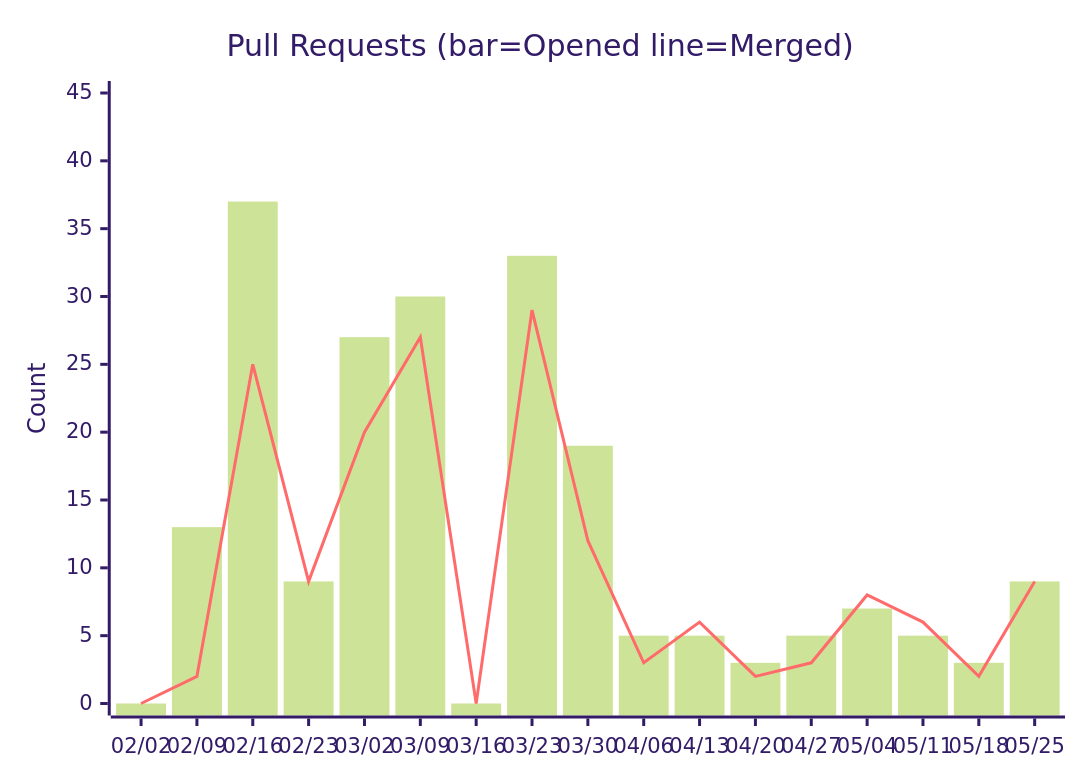
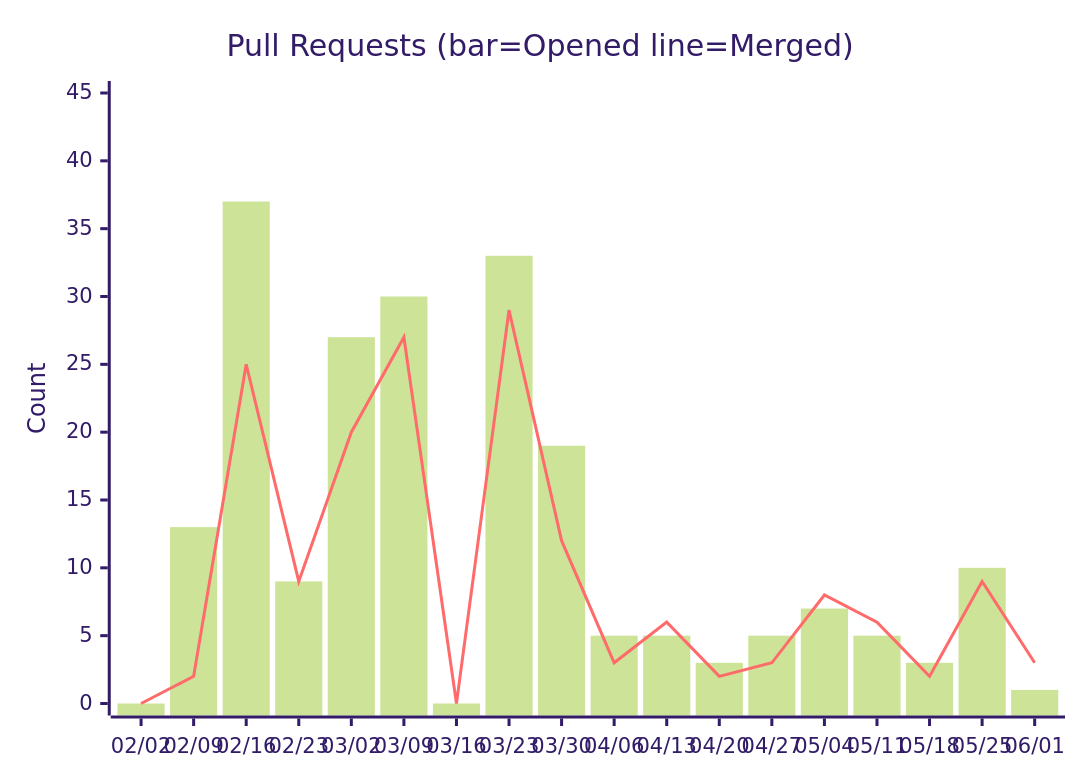
One commit to nablarch/nabledge-dev changed the sixth of 14 diagrams in docs/metrics.md. Above: the diagram before and after it, drawn with Mermaid (forest theme). The commit also changed other lines of this file and 2 other files, not shown here.

````diff
--- a/docs/metrics.md
+++ b/docs/metrics.md
@@ -100,8 +100,8 @@
 ```mermaid
 xychart-beta
   title "Pull Requests (bar=Opened  line=Merged)"
-  x-axis ["02/02", "02/09", "02/16", "02/23", "03/02", "03/09", "03/16", "03/23", "03/30", "04/06", "04/13", "04/20", "04/27", "05/04", "05/11", "05/18", "05/25"]
+  x-axis ["02/02", "02/09", "02/16", "02/23", "03/02", "03/09", "03/16", "03/23", "03/30", "04/06", "04/13", "04/20", "04/27", "05/04", "05/11", "05/18", "05/25", "06/01"]
   y-axis "Count" 0 --> 45
-  bar [0, 13, 37, 9, 27, 30, 0, 33, 19, 5, 5, 3, 5, 7, 5, 3, 9]
-  line [0, 2, 25, 9, 20, 27, 0, 29, 12, 3, 6, 2, 3, 8, 6, 2, 9]
+  bar [0, 13, 37, 9, 27, 30, 0, 33, 19, 5, 5, 3, 5, 7, 5, 3, 10, 1]
+  line [0, 2, 25, 9, 20, 27, 0, 29, 12, 3, 6, 2, 3, 8, 6, 2, 9, 3]
 ```
````
